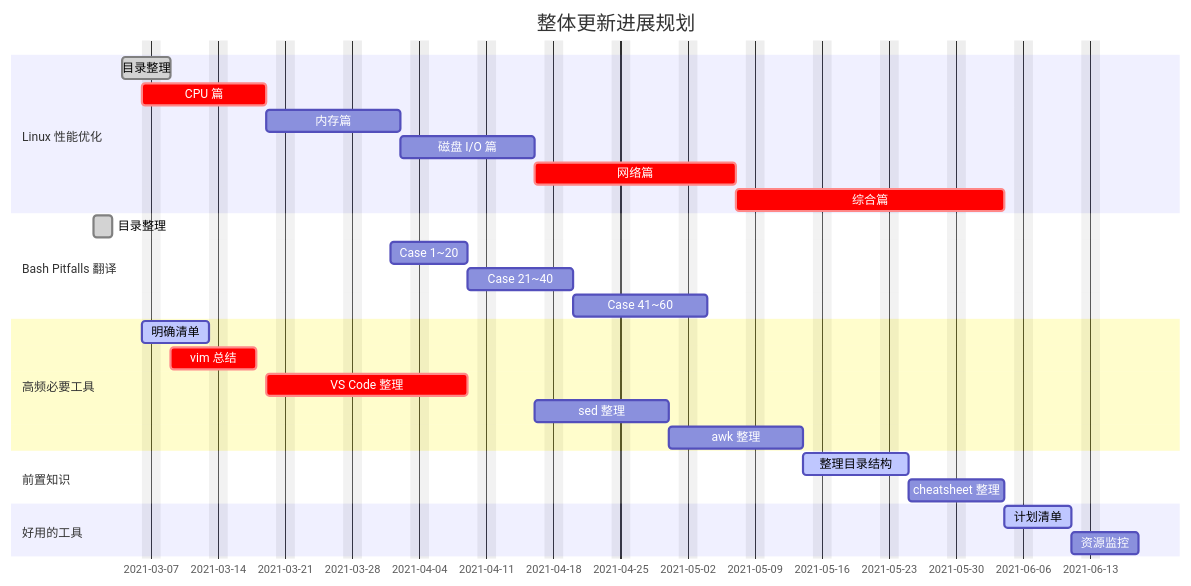
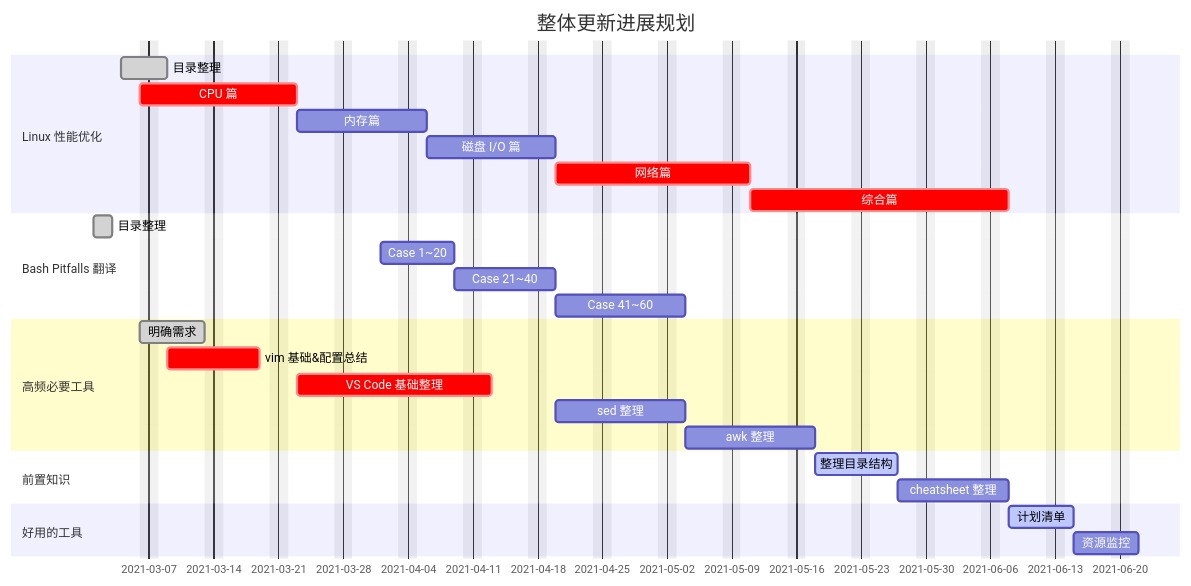
One commit to baiyongan/practical-linux-skills changed the first of 2 diagrams in docs/TODOLIST.md. Above: the diagram before and after it, drawn with Mermaid. The commit also changed 2 other files, not shown here.

Commit message:
update vim config & TODOLIST

````diff
--- a/docs/TODOLIST.md
+++ b/docs/TODOLIST.md
@@ -15,36 +15,36 @@
 ```mermaid
 gantt
     dateFormat  YYYY-MM-DD
     title       整体更新进展规划
     excludes    weekends
     %% (`excludes` accepts specific dates in YYYY-MM-DD format, days of the week ("sunday") or "weekends", but not the word "weekdays".)
 
     section Linux 性能优化
     目录整理                             : done,          task_1, 2021-03-04, 3d
-    CPU 篇                               : crit,         task_2, 2021-03-06, 10d
+    CPU 篇                               : crit,         task_2, 2021-03-06, 12d
     内存篇                               :                task_3, after task_2, 10d
     磁盘 I/O 篇                          :                task_4, after task_3, 10d
     网络篇                               : crit,          task_5, after task_4, 15d
     综合篇                               : crit,          task_6, after task_5, 20d
 
     section Bash Pitfalls 翻译
     目录整理                             : done,           tmp_1, 2021-03-01, 2d
     Case 1~20                           :                 tmp_2, 2021-04-01, 6d
     Case 21~40                          :                 tmp_3, after tmp_2, 7d
     Case 41~60                          :                 tmp_4, after tmp_3, 10d
 
     section 高频必要工具
-    明确清单                             : active,         tmp_9, 2021-03-06, 6d
-    vim 总结                             : crit,           tmp_10, after task_1, 7d
-    VS Code 整理                         : crit,           tmp_11, after task_2, 15d
+    明确需求                             : done,         tmp_9, 2021-03-06, 6d
+    vim 基础&配置总结                     : crit,           tmp_10, after task_1, 8d
+    VS Code 基础整理                     : crit,           tmp_11, after task_2, 15d
     sed 整理                             :                 tmp_11, after task_4, 10d
     awk 整理                             :                 tmp_12, after tmp_11, 10d
 
     section 前置知识
     整理目录结构                          : active,         tmp_13, after tmp_12, 7d
     cheatsheet 整理                      :                 tmp_14, after tmp_13, 8d
 
     section 好用的工具
     计划清单                              : active,        tmp_15, after tmp_14, 5d
     资源监控                              :               tmp_16, after tmp_15, 5d
 ```
````
